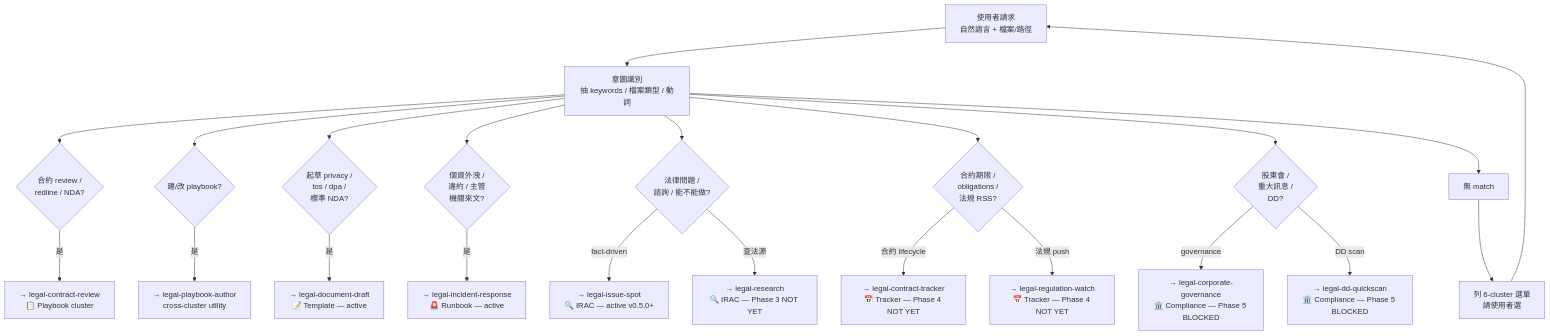
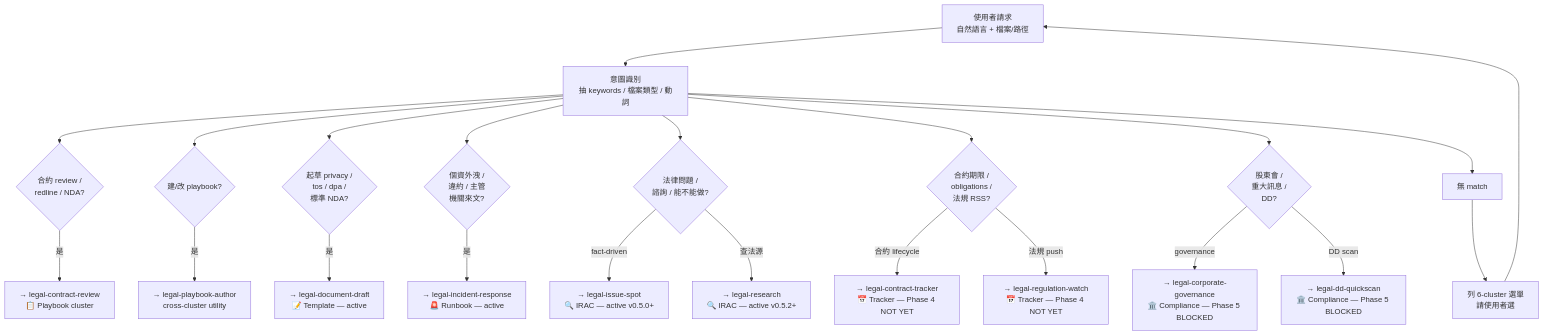
One commit to kouko/monkey-skills changed the diagram in legal-toolkit/skills/using-legal-toolkit/SKILL.md. Above: the diagram before and after it, drawn with Mermaid. The commit also changed other lines of this file, not shown here.

First line of the commit message:
feat(legal-toolkit): router Q4-law-lookup dispatch unlock

````diff
--- a/legal-toolkit/skills/using-legal-toolkit/SKILL.md
+++ b/legal-toolkit/skills/using-legal-toolkit/SKILL.md
@@ -38,34 +38,34 @@
 ```mermaid
 flowchart TD
     INPUT[使用者請求<br/>自然語言 + 檔案/路徑]
     PARSE[意圖識別<br/>抽 keywords / 檔案類型 / 動詞]
     INPUT --> PARSE
 
     PARSE --> Q1{合約 review /<br/>redline / NDA?}
     Q1 -->|是| CR[→ legal-contract-review<br/>📋 Playbook cluster]
 
     PARSE --> Q7{建/改 playbook?}
     Q7 -->|是| PA[→ legal-playbook-author<br/>cross-cluster utility]
 
     PARSE --> Q2{起草 privacy /<br/>tos / dpa /<br/>標準 NDA?}
     Q2 -->|是| DD[→ legal-document-draft<br/>📝 Template — active]
 
     PARSE --> Q3{個資外洩 /<br/>違約 / 主管<br/>機關來文?}
     Q3 -->|是| IR[→ legal-incident-response<br/>🚨 Runbook — active]
 
     PARSE --> Q4{法律問題 /<br/>諮詢 / 能不能做?}
     Q4 -->|fact-driven| IS[→ legal-issue-spot<br/>🔍 IRAC — active v0.5.0+]
-    Q4 -->|查法源| RS[→ legal-research<br/>🔍 IRAC — Phase 3 NOT YET]
+    Q4 -->|查法源| RS[→ legal-research<br/>🔍 IRAC — active v0.5.2+]
 
     PARSE --> Q5{合約期限 /<br/>obligations /<br/>法規 RSS?}
     Q5 -->|合約 lifecycle| CT[→ legal-contract-tracker<br/>📅 Tracker — Phase 4 NOT YET]
     Q5 -->|法規 push| RW[→ legal-regulation-watch<br/>📅 Tracker — Phase 4 NOT YET]
 
     PARSE --> Q6{股東會 /<br/>重大訊息 /<br/>DD?}
     Q6 -->|governance| CG[→ legal-corporate-governance<br/>🏛️ Compliance — Phase 5 BLOCKED]
     Q6 -->|DD scan| DDS[→ legal-dd-quickscan<br/>🏛️ Compliance — Phase 5 BLOCKED]
 
     PARSE --> NOMATCH[無 match]
     NOMATCH --> CLARIFY[列 6-cluster 選單<br/>請使用者選]
     CLARIFY --> INPUT
 ```
````
